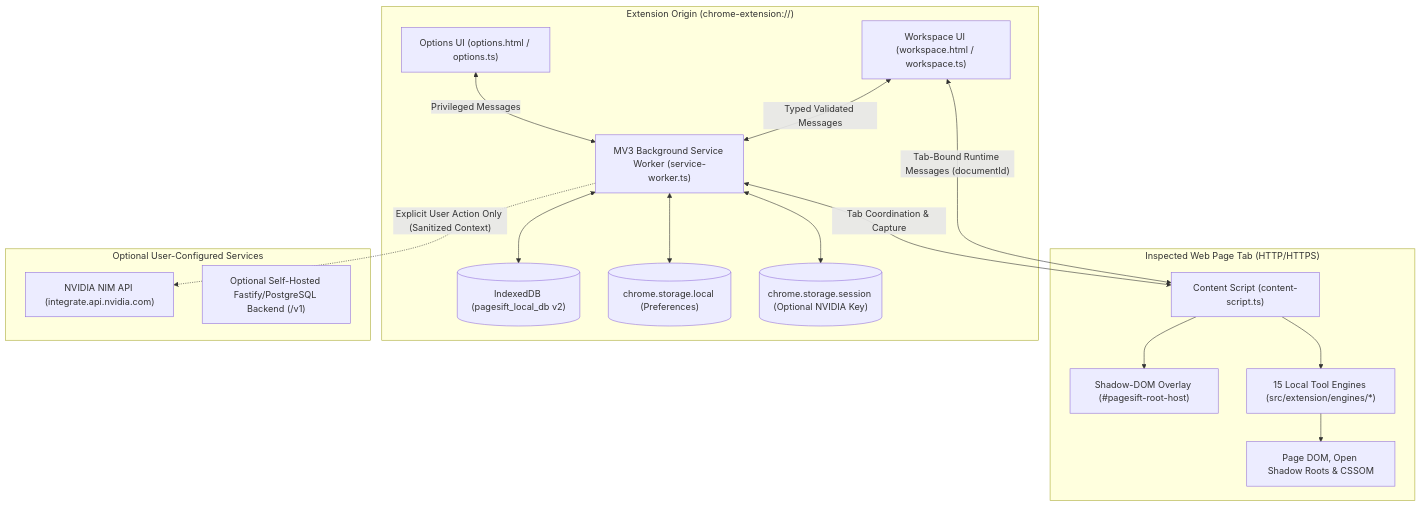
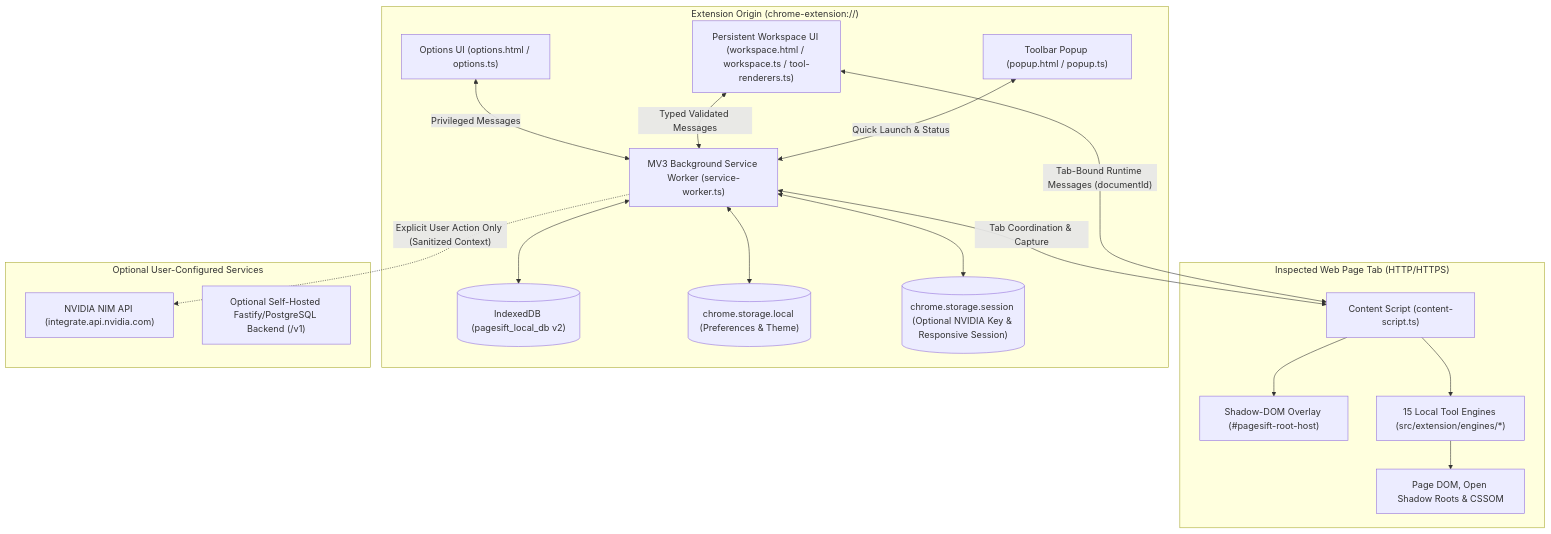
The diagram in docs/architecture-and-data-flow.md (QuantumSenpai/pagesift), drawn with Mermaid before and after one commit. The commit also changed other lines of this file and 16 other files, not shown here.

Commit message:
docs(extension): document design system, icon provenance, 4-surface architecture, and UI screenshots

````diff
--- a/docs/architecture-and-data-flow.md
+++ b/docs/architecture-and-data-flow.md
@@ -7,36 +7,38 @@
 ```mermaid
 flowchart TD
     subgraph InspectedTab["Inspected Web Page Tab (HTTP/HTTPS)"]
         DOM["Page DOM, Open Shadow Roots & CSSOM"]
         CS["Content Script (content-script.ts)"]
         Overlay["Shadow-DOM Overlay (#pagesift-root-host)"]
         Engines["15 Local Tool Engines (src/extension/engines/*)"]
         CS --> Overlay
         CS --> Engines
         Engines --> DOM
     end
 
     subgraph ExtensionOrigin["Extension Origin (chrome-extension://<id>)"]
         SW["MV3 Background Service Worker (service-worker.ts)"]
-        WS["Workspace UI (workspace.html / workspace.ts)"]
+        POP["Toolbar Popup (popup.html / popup.ts)"]
+        WS["Persistent Workspace UI (workspace.html / workspace.ts / tool-renderers.ts)"]
         OPT["Options UI (options.html / options.ts)"]
         IDB[("IndexedDB (pagesift_local_db v2)")]
-        LocalStore[("chrome.storage.local (Preferences)")]
-        SessionStore[("chrome.storage.session (Optional NVIDIA Key)")]
+        LocalStore[("chrome.storage.local (Preferences & Theme)")]
+        SessionStore[("chrome.storage.session (Optional NVIDIA Key & Responsive Session)")]
 
+        POP <-->|"Quick Launch & Status"| SW
         WS <-->|"Typed Validated Messages"| SW
         OPT <-->|"Privileged Messages"| SW
         SW <--> IDB
         SW <--> LocalStore
         SW <--> SessionStore
     end
 
     subgraph OptionalExternal["Optional User-Configured Services"]
         NIM["NVIDIA NIM API (integrate.api.nvidia.com)"]
         Backend["Optional Self-Hosted Fastify/PostgreSQL Backend (/v1)"]
     end
 
     WS <-->|"Tab-Bound Runtime Messages (documentId)"| CS
     SW <-->|"Tab Coordination & Capture"| CS
     SW -.->|"Explicit User Action Only (Sanitized Context)"| NIM
 ```
````
